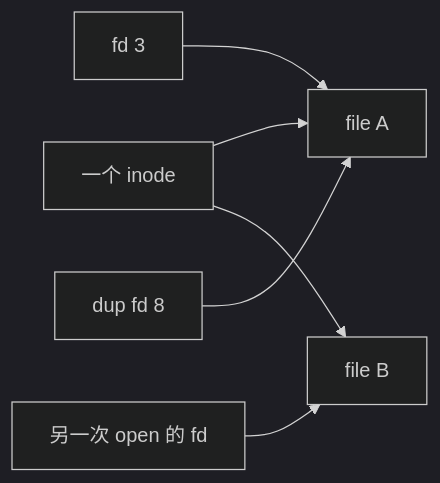
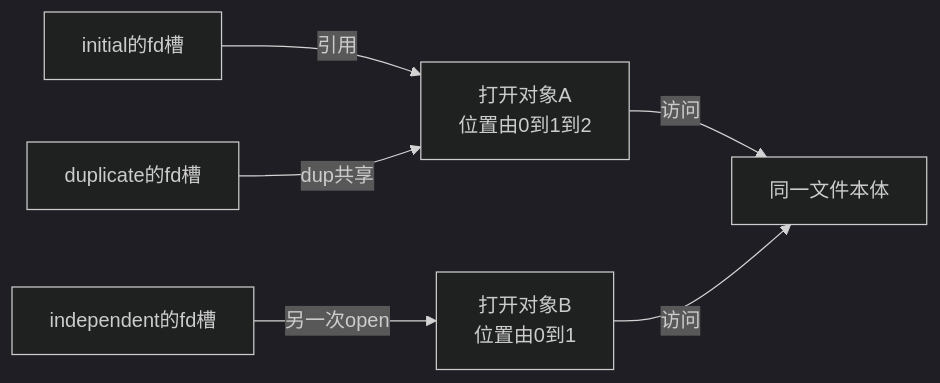
Before and after one commit to FormingSystem/linux_note: the third of 4 diagrams in knowledge/kernel_subsystems/vfs/P02_VFS抽象机制推演.md, drawn with Mermaid (dark theme). The commit also changed other lines of this file and 19 other files, not shown here.

````diff
--- a/knowledge/kernel_subsystems/vfs/P02_VFS抽象机制推演.md
+++ b/knowledge/kernel_subsystems/vfs/P02_VFS抽象机制推演.md
@@ -45,8 +68,8 @@
 ```mermaid
 flowchart LR
-    I["一个 inode"] --> F1["file A"]
-    I --> F2["file B"]
-    FD1["fd 3"] --> F1
-    FD2["dup fd 8"] --> F1
-    FD3["另一次 open 的 fd"] --> F2
+    fd1["initial的fd槽"] -->|"引用"| o1["打开对象A<br/>位置由0到1到2"]
+    fd2["duplicate的fd槽"] -->|"dup共享"| o1
+    fd3["independent的fd槽"] -->|"另一次open"| o2["打开对象B<br/>位置由0到1"]
+    o1 -->|"访问"| inode["同一文件本体"]
+    o2 -->|"访问"| inode
 ```
````
